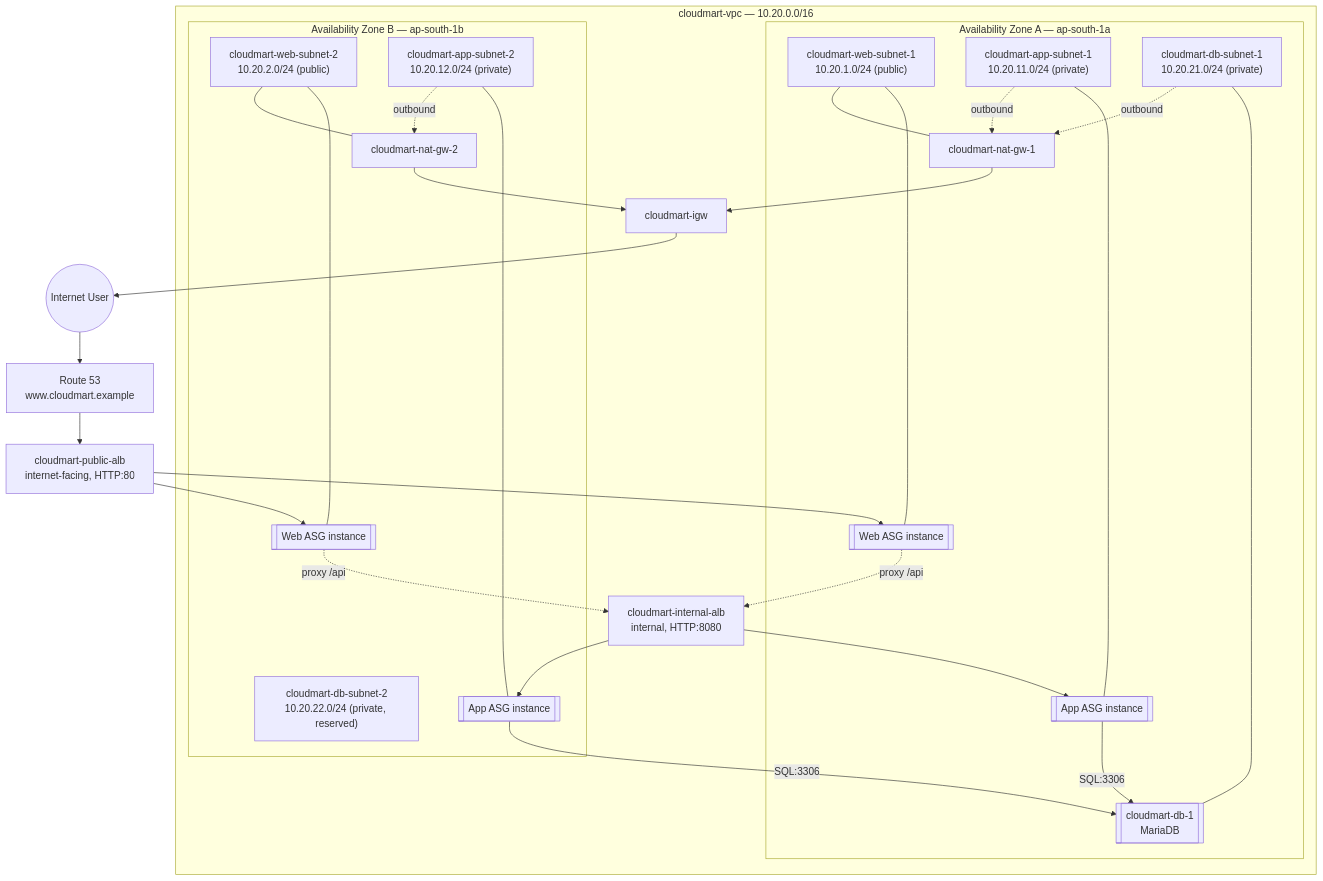
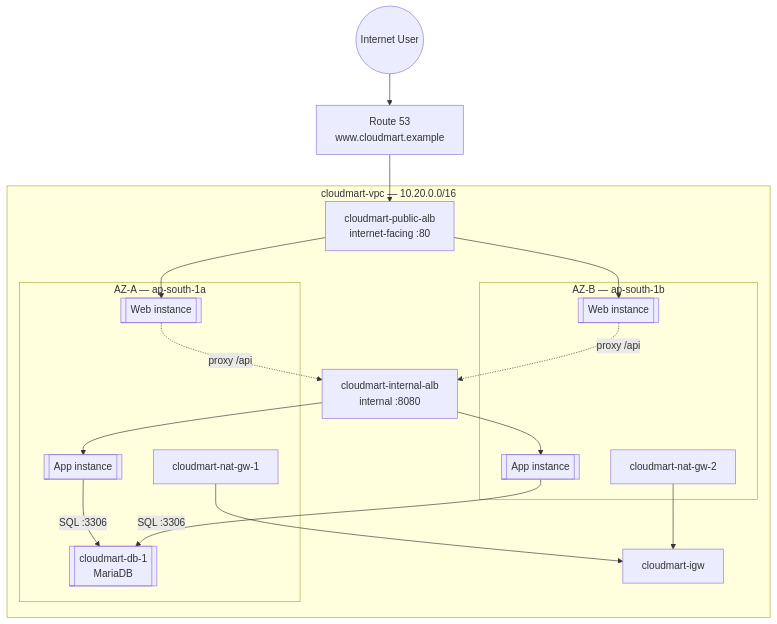
The first of 2 diagrams in Capstone-Project/Project-1/02-Architecture-and-Design.md (msdeepak052/AWS_Imp_Concepts), drawn with Mermaid before and after one commit. The commit also changed 11 other files, not shown here.

Commit message:
Mermaid Diagram fixed

````diff
--- a/Capstone-Project/Project-1/02-Architecture-and-Design.md
+++ b/Capstone-Project/Project-1/02-Architecture-and-Design.md
@@ -11,54 +11,35 @@
 ```mermaid
 flowchart TB
     USER((Internet User)) --> R53[Route 53<br/>www.cloudmart.example]
-    R53 --> PALB[cloudmart-public-alb<br/>internet-facing, HTTP:80]
+    R53 --> PALB
 
     subgraph VPC["cloudmart-vpc — 10.20.0.0/16"]
+        PALB[cloudmart-public-alb<br/>internet-facing :80]
+        IALB[cloudmart-internal-alb<br/>internal :8080]
         IGW[cloudmart-igw]
 
-        subgraph AZA["Availability Zone A — ap-south-1a"]
-            WEBSUB1["cloudmart-web-subnet-1<br/>10.20.1.0/24 (public)"]
-            APPSUB1["cloudmart-app-subnet-1<br/>10.20.11.0/24 (private)"]
-            DBSUB1["cloudmart-db-subnet-1<br/>10.20.21.0/24 (private)"]
+        subgraph AZA["AZ-A — ap-south-1a"]
+            WEB1[["Web instance"]]
+            APP1[["App instance"]]
+            DB1[["cloudmart-db-1<br/>MariaDB"]]
             NAT1[cloudmart-nat-gw-1]
-            WEB1[["Web ASG instance"]]
-            APP1[["App ASG instance"]]
-            DB1[["cloudmart-db-1<br/>MariaDB"]]
-            WEBSUB1 --- WEB1
-            APPSUB1 --- APP1
-            DBSUB1 --- DB1
-            WEBSUB1 --- NAT1
         end
 
-        subgraph AZB["Availability Zone B — ap-south-1b"]
-            WEBSUB2["cloudmart-web-subnet-2<br/>10.20.2.0/24 (public)"]
-            APPSUB2["cloudmart-app-subnet-2<br/>10.20.12.0/24 (private)"]
-            DBSUB2["cloudmart-db-subnet-2<br/>10.20.22.0/24 (private, reserved)"]
+        subgraph AZB["AZ-B — ap-south-1b"]
+            WEB2[["Web instance"]]
+            APP2[["App instance"]]
             NAT2[cloudmart-nat-gw-2]
-            WEB2[["Web ASG instance"]]
-            APP2[["App ASG instance"]]
-            WEBSUB2 --- WEB2
-            APPSUB2 --- APP2
-            WEBSUB2 --- NAT2
         end
 
-        IALB[cloudmart-internal-alb<br/>internal, HTTP:8080]
-
+        PALB --> WEB1
+        PALB --> WEB2
         WEB1 -.proxy /api.-> IALB
         WEB2 -.proxy /api.-> IALB
         IALB --> APP1
         IALB --> APP2
-        APP1 -->|SQL:3306| DB1
-        APP2 -->|SQL:3306| DB1
-
-        APPSUB1 -.outbound.-> NAT1
-        APPSUB2 -.outbound.-> NAT2
-        DBSUB1 -.outbound.-> NAT1
+        APP1 -->|SQL :3306| DB1
+        APP2 -->|SQL :3306| DB1
         NAT1 --> IGW
         NAT2 --> IGW
     end
-
-    PALB --> WEB1
-    PALB --> WEB2
-    IGW --> USER
 ```
````
